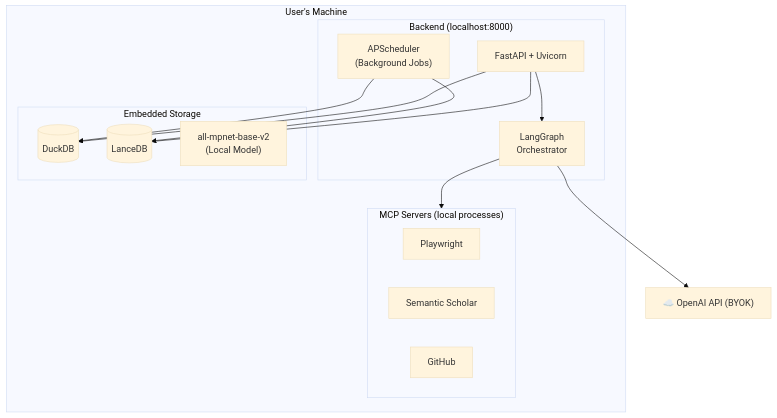
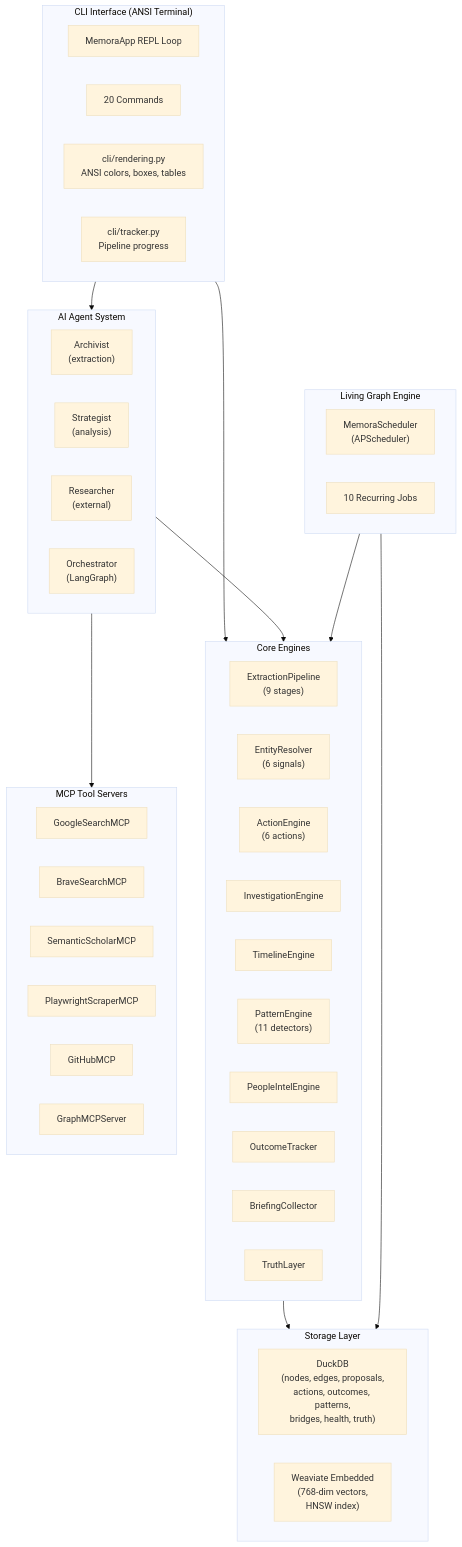
Before and after one commit to dorycui007/Memora: the first of 2 diagrams in ARCHITECTURE.md, drawn with Mermaid (base theme). The commit also changed other lines of this file and 78 other files, not shown here.

First line of the commit message:
Refactor to CLI-only architecture with Weaviate, new intelligence modules, and updated docs

````diff
--- a/ARCHITECTURE.md
+++ b/ARCHITECTURE.md
@@ -1343,32 +55,56 @@
 ```mermaid
 graph TB
-    subgraph Local["User's Machine"]
-        subgraph BE["Backend (localhost:8000)"]
-            FastAPI["FastAPI + Uvicorn"]
-            Scheduler["APScheduler<br/>(Background Jobs)"]
-            LG["LangGraph<br/>Orchestrator"]
-        end
-
-        subgraph Data["Embedded Storage"]
-            RG[("DuckDB")]
-            LDB[("LanceDB")]
-            BGE["all-mpnet-base-v2<br/>(Local Model)"]
-        end
-
-        subgraph MCP["MCP Servers (local processes)"]
-            PW["Playwright"]
-            SS["Semantic Scholar"]
-            GH["GitHub"]
-        end
-
-        FastAPI --> LG
-        FastAPI --> RG
-        FastAPI --> LDB
-        LG --> MCP
-        Scheduler --> RG
-        Scheduler --> LDB
+    subgraph CLI["CLI Interface (ANSI Terminal)"]
+        REPL["MemoraApp REPL Loop"]
+        CMDS["20 Commands"]
+        RENDER["cli/rendering.py<br>ANSI colors, boxes, tables"]
+        TRACKER["cli/tracker.py<br>Pipeline progress"]
     end
 
-    OpenAI["☁️ OpenAI API (BYOK)"]
-    LG --> OpenAI
+    subgraph Agents["AI Agent System"]
+        ARCH["Archivist<br>(extraction)"]
+        STRAT["Strategist<br>(analysis)"]
+        RES["Researcher<br>(external)"]
+        ORCH["Orchestrator<br>(LangGraph)"]
+    end
+
+    subgraph Core["Core Engines"]
+        PIPE["ExtractionPipeline<br>(9 stages)"]
+        ER["EntityResolver<br>(6 signals)"]
+        ACT["ActionEngine<br>(6 actions)"]
+        INV["InvestigationEngine"]
+        TL["TimelineEngine"]
+        PAT["PatternEngine<br>(11 detectors)"]
+        PI["PeopleIntelEngine"]
+        OUT["OutcomeTracker"]
+        BRIEF["BriefingCollector"]
+        TRUTH["TruthLayer"]
+    end
+
+    subgraph Storage["Storage Layer"]
+        DUCK["DuckDB<br>(nodes, edges, proposals,<br>actions, outcomes, patterns,<br>bridges, health, truth)"]
+        WEAV["Weaviate Embedded<br>(768-dim vectors,<br>HNSW index)"]
+    end
+
+    subgraph Scheduler["Living Graph Engine"]
+        SCHED["MemoraScheduler<br>(APScheduler)"]
+        JOBS["10 Recurring Jobs"]
+    end
+
+    subgraph MCP["MCP Tool Servers"]
+        GOOG["GoogleSearchMCP"]
+        BRAVE["BraveSearchMCP"]
+        SS["SemanticScholarMCP"]
+        PW["PlaywrightScraperMCP"]
+        GH["GitHubMCP"]
+        GMCP["GraphMCPServer"]
+    end
+
+    CLI --> Core
+    CLI --> Agents
+    Agents --> Core
+    Agents --> MCP
+    Core --> Storage
+    Scheduler --> Core
+    Scheduler --> Storage
 ```
````
